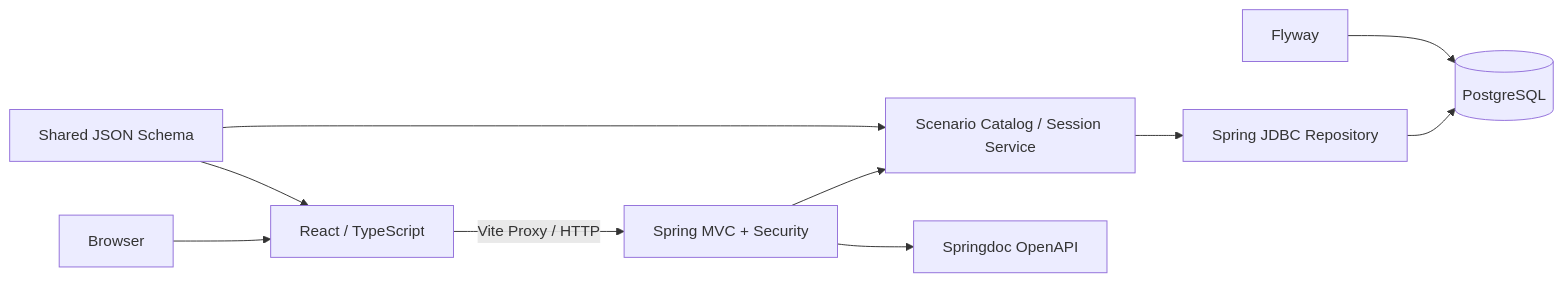
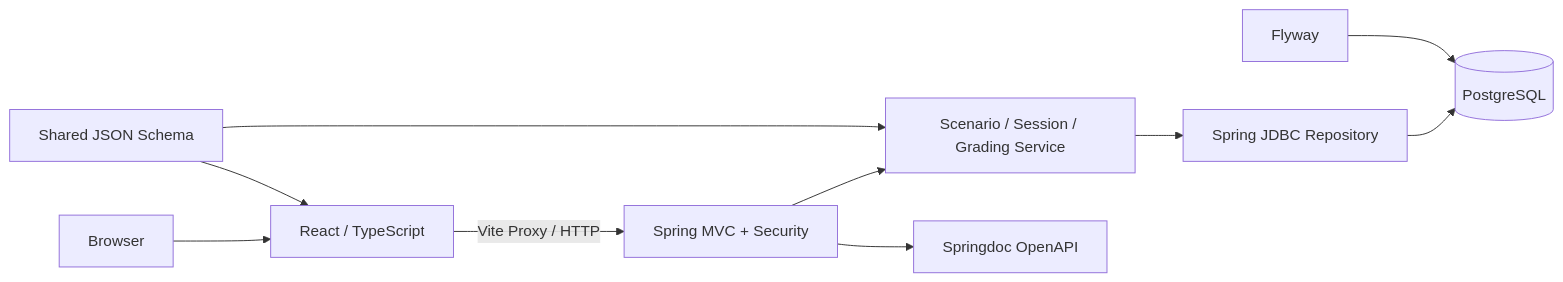
Before and after one commit to ElephantAnthony/kiosk-web: the second of 3 diagrams in README.md, drawn with Mermaid. The commit also changed other lines of this file and 13 other files, not shown here.

````diff
--- a/README.md
+++ b/README.md
@@ -59,12 +96,12 @@
 ```mermaid
 flowchart LR
     B[Browser] --> F[React / TypeScript]
     F -->|Vite Proxy / HTTP| C[Spring MVC + Security]
-    C --> S[Scenario Catalog / Session Service]
+    C --> S[Scenario / Session / Grading Service]
     S --> R[Spring JDBC Repository]
     R --> P[(PostgreSQL)]
     J[Shared JSON Schema] --> F
     J --> S
     M[Flyway] --> P
     C --> O[Springdoc OpenAPI]
 ```
````
